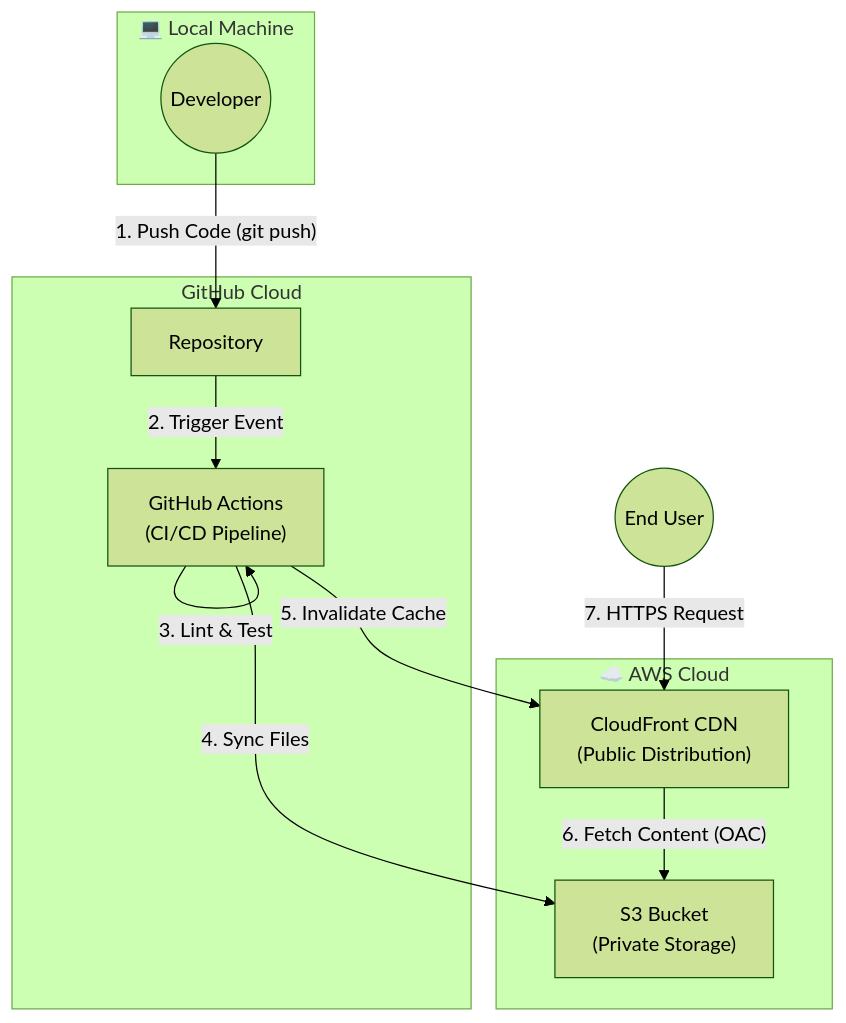
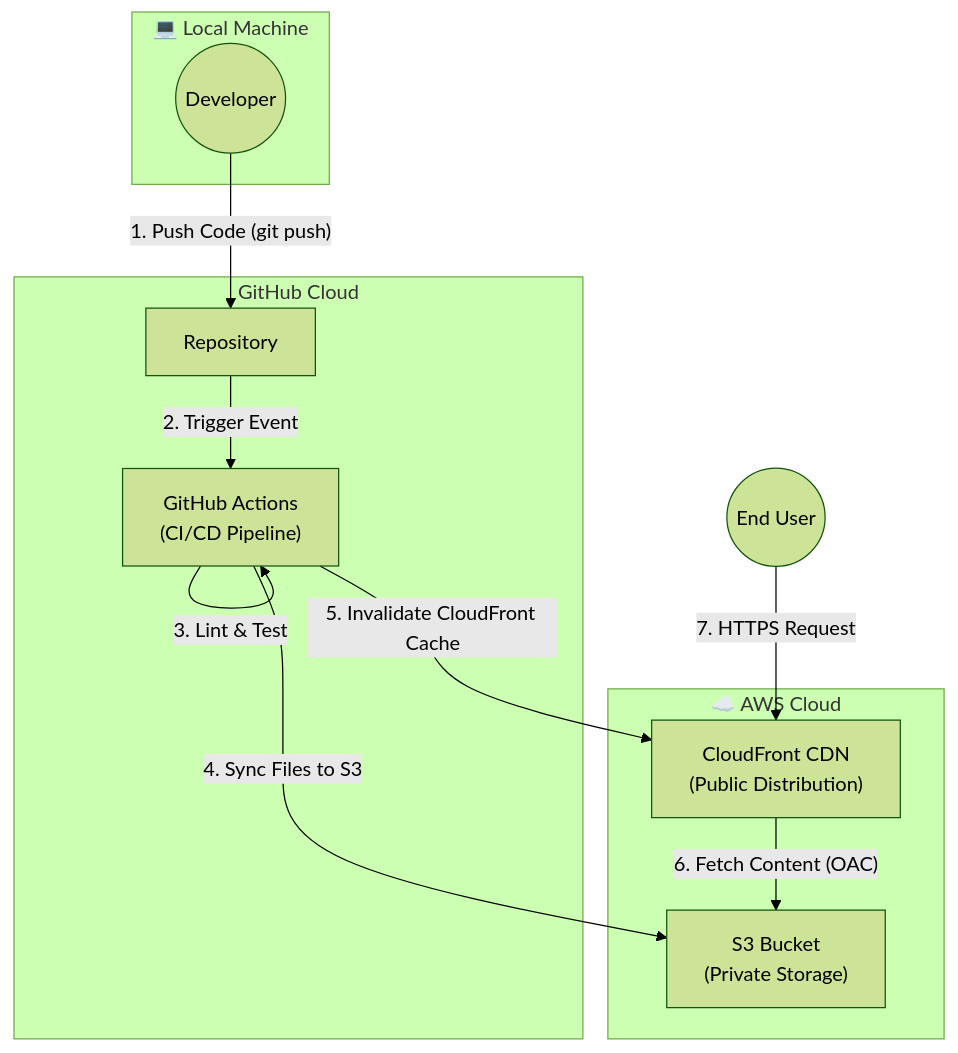
Before and after one commit to yuwa619/Cloud-resume-infra: the diagram in README.md, drawn with Mermaid (forest theme). The commit also changed other lines of this file, not shown here.

````diff
--- a/README.md
+++ b/README.md
@@ -9,27 +12,27 @@
 ```mermaid
 graph TD
     subgraph Local_Machine ["💻 Local Machine"]
         Dev((Developer))
     end
 
     subgraph GitHub ["GitHub Cloud"]
         Repo[Repository]
         Action["GitHub Actions<br/>(CI/CD Pipeline)"]
     end
 
     subgraph AWS ["☁️ AWS Cloud"]
         S3["S3 Bucket<br/>(Private Storage)"]
         CF["CloudFront CDN<br/>(Public Distribution)"]
     end
 
     User((End User))
 
     %% Flows
     Dev -- "1. Push Code (git push)" --> Repo
     Repo -- "2. Trigger Event" --> Action
     Action -- "3. Lint & Test" --> Action
-    Action -- "4. Sync Files" --> S3
-    Action -- "5. Invalidate Cache" --> CF
+    Action -- "4. Sync Files to S3" --> S3
+    Action -- "5. Invalidate CloudFront Cache" --> CF
     CF -- "6. Fetch Content (OAC)" --> S3
     User -- "7. HTTPS Request" --> CF
 ```
````
